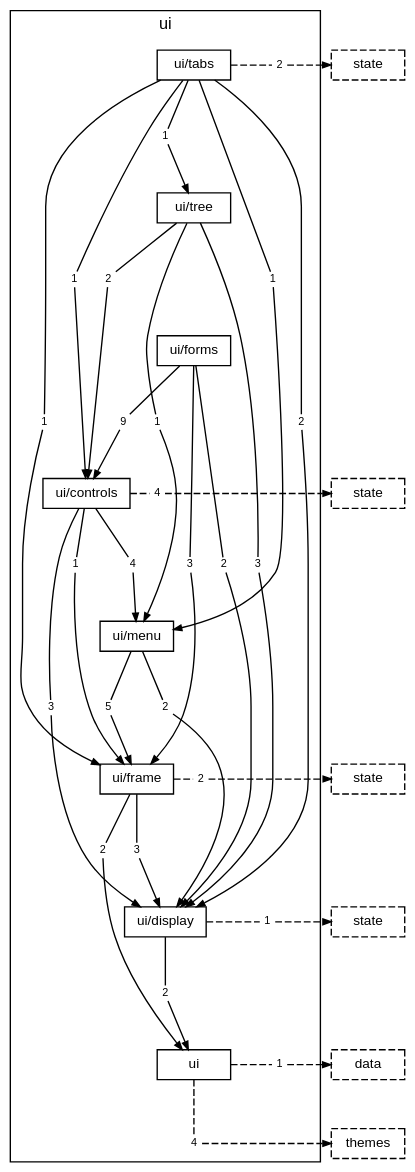
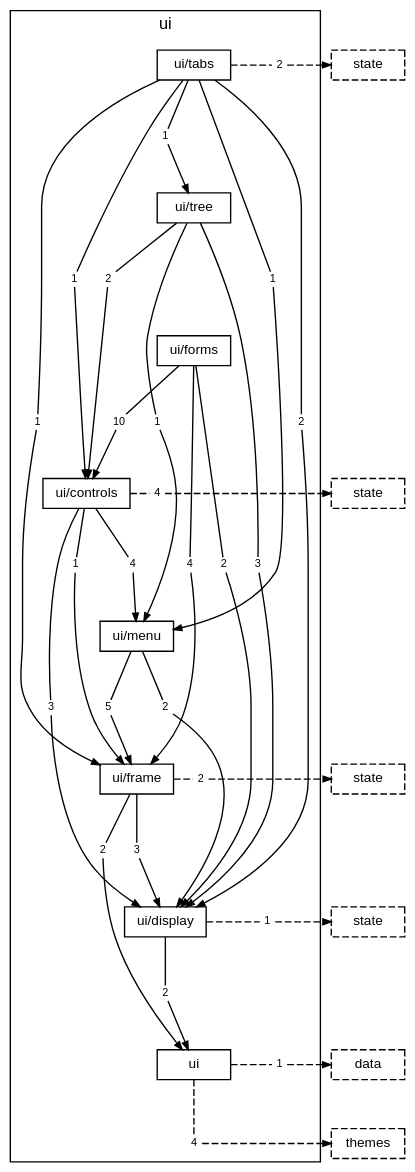
The diagram in docs/diagrams/layer-ui.dot (TheAxeC/oculus), drawn with Graphviz before and after one commit. The commit also changed 182 other files, not shown here.

```diff
--- a/docs/diagrams/layer-ui.dot
+++ b/docs/diagrams/layer-ui.dot
@@ -1,110 +1,110 @@
 digraph layer_ui {
     graph [bgcolor="transparent", rankdir=TB, newrank=true, fontname="Helvetica,Arial,sans-serif", fontsize=12, nodesep=0.2, ranksep=0.5];
     node [shape=box, color="black", fontcolor="black", fontname="Helvetica,Arial,sans-serif", fontsize=10, height=0.3, margin="0.12,0.04"];
     edge [color="black", fontcolor="black", fontname="Helvetica,Arial,sans-serif", fontsize=8, arrowsize=0.6];
     subgraph "cluster_ui" {
         label="ui"; style=solid;
         "folder ui/tabs" [label="ui/tabs"];
         "folder ui/tree" [label="ui/tree"];
         "folder ui/forms" [label="ui/forms"];
         "folder ui/controls" [label="ui/controls"];
         "folder ui/menu" [label="ui/menu"];
         "folder ui/frame" [label="ui/frame"];
         "folder ui/display" [label="ui/display"];
         "folder ui" [label="ui"];
         "folder ui/tabs to folder ui/controls" [label="1", shape=box, color="transparent", fontsize=8, width=0, height=0, margin="0.04,0.02"];
         "folder ui/tabs to folder ui/display" [label="2", shape=box, color="transparent", fontsize=8, width=0, height=0, margin="0.04,0.02"];
         "folder ui/tabs to folder ui/frame" [label="1", shape=box, color="transparent", fontsize=8, width=0, height=0, margin="0.04,0.02"];
         "folder ui/tabs to folder ui/menu" [label="1", shape=box, color="transparent", fontsize=8, width=0, height=0, margin="0.04,0.02"];
         "folder ui/tabs to folder ui/tree" [label="1", shape=box, color="transparent", fontsize=8, width=0, height=0, margin="0.04,0.02"];
         "folder ui/tabs to layer state" [label="2", shape=box, color="transparent", fontsize=8, width=0, height=0, margin="0.04,0.02"];
         "folder ui/tree to folder ui/controls" [label="2", shape=box, color="transparent", fontsize=8, width=0, height=0, margin="0.04,0.02"];
         "folder ui/tree to folder ui/display" [label="3", shape=box, color="transparent", fontsize=8, width=0, height=0, margin="0.04,0.02"];
         "folder ui/tree to folder ui/menu" [label="1", shape=box, color="transparent", fontsize=8, width=0, height=0, margin="0.04,0.02"];
-        "folder ui/forms to folder ui/controls" [label="9", shape=box, color="transparent", fontsize=8, width=0, height=0, margin="0.04,0.02"];
+        "folder ui/forms to folder ui/controls" [label="10", shape=box, color="transparent", fontsize=8, width=0, height=0, margin="0.04,0.02"];
         "folder ui/forms to folder ui/display" [label="2", shape=box, color="transparent", fontsize=8, width=0, height=0, margin="0.04,0.02"];
-        "folder ui/forms to folder ui/frame" [label="3", shape=box, color="transparent", fontsize=8, width=0, height=0, margin="0.04,0.02"];
+        "folder ui/forms to folder ui/frame" [label="4", shape=box, color="transparent", fontsize=8, width=0, height=0, margin="0.04,0.02"];
         "folder ui/controls to folder ui/display" [label="3", shape=box, color="transparent", fontsize=8, width=0, height=0, margin="0.04,0.02"];
         "folder ui/controls to folder ui/frame" [label="1", shape=box, color="transparent", fontsize=8, width=0, height=0, margin="0.04,0.02"];
         "folder ui/controls to folder ui/menu" [label="4", shape=box, color="transparent", fontsize=8, width=0, height=0, margin="0.04,0.02"];
         "folder ui/controls to layer state" [label="4", shape=box, color="transparent", fontsize=8, width=0, height=0, margin="0.04,0.02"];
         "folder ui/menu to folder ui/display" [label="2", shape=box, color="transparent", fontsize=8, width=0, height=0, margin="0.04,0.02"];
         "folder ui/menu to folder ui/frame" [label="5", shape=box, color="transparent", fontsize=8, width=0, height=0, margin="0.04,0.02"];
         "folder ui/frame to folder ui" [label="2", shape=box, color="transparent", fontsize=8, width=0, height=0, margin="0.04,0.02"];
         "folder ui/frame to folder ui/display" [label="3", shape=box, color="transparent", fontsize=8, width=0, height=0, margin="0.04,0.02"];
         "folder ui/frame to layer state" [label="2", shape=box, color="transparent", fontsize=8, width=0, height=0, margin="0.04,0.02"];
         "folder ui/display to folder ui" [label="2", shape=box, color="transparent", fontsize=8, width=0, height=0, margin="0.04,0.02"];
         "folder ui/display to layer state" [label="1", shape=box, color="transparent", fontsize=8, width=0, height=0, margin="0.04,0.02"];
         "folder ui to layer data" [label="1", shape=box, color="transparent", fontsize=8, width=0, height=0, margin="0.04,0.02"];
         "folder ui to layer themes" [label="4", shape=box, color="transparent", fontsize=8, width=0, height=0, margin="0.04,0.02"];
     }
     "layer state from folder ui/tabs" [label="state", style=dashed];
     "layer state from folder ui/controls" [label="state", style=dashed];
     "layer state from folder ui/frame" [label="state", style=dashed];
     "layer state from folder ui/display" [label="state", style=dashed];
     "layer data from folder ui" [label="data", style=dashed];
     "layer themes from folder ui" [label="themes", style=dashed];
     "folder ui/tabs" -> "folder ui/tree" [style=invis, weight=10, minlen=2];
     "folder ui/tree" -> "folder ui/forms" [style=invis, weight=10, minlen=2];
     "folder ui/forms" -> "folder ui/controls" [style=invis, weight=10, minlen=2];
     "folder ui/controls" -> "folder ui/menu" [style=invis, weight=10, minlen=2];
     "folder ui/menu" -> "folder ui/frame" [style=invis, weight=10, minlen=2];
     "folder ui/frame" -> "folder ui/display" [style=invis, weight=10, minlen=2];
     "folder ui/display" -> "folder ui" [style=invis, weight=10, minlen=2];
     "folder ui/tabs" -> "folder ui/tabs to folder ui/controls" [arrowhead=none, minlen=3, weight=10];
     "folder ui/tabs to folder ui/controls" -> "folder ui/controls" [];
     "folder ui/tabs" -> "folder ui/tabs to folder ui/display" [arrowhead=none, minlen=5, weight=10];
     "folder ui/tabs to folder ui/display" -> "folder ui/display" [];
     "folder ui/tabs" -> "folder ui/tabs to folder ui/frame" [arrowhead=none, minlen=5, weight=10];
     "folder ui/tabs to folder ui/frame" -> "folder ui/frame" [];
     "folder ui/tabs" -> "folder ui/tabs to folder ui/menu" [arrowhead=none, minlen=3, weight=10];
     "folder ui/tabs to folder ui/menu" -> "folder ui/menu" [];
     "folder ui/tabs" -> "folder ui/tabs to folder ui/tree" [arrowhead=none, minlen=1, weight=10];
     "folder ui/tabs to folder ui/tree" -> "folder ui/tree" [];
     "folder ui/tabs" -> "folder ui/tabs to layer state" [arrowhead=none, style=dashed];
     "folder ui/tabs to layer state" -> "layer state from folder ui/tabs" [style=dashed];
     { rank=same; "folder ui/tabs"; "folder ui/tabs to layer state"; "layer state from folder ui/tabs"; }
     "folder ui/tree" -> "folder ui/tree to folder ui/controls" [arrowhead=none, minlen=1, weight=10];
     "folder ui/tree to folder ui/controls" -> "folder ui/controls" [];
     "folder ui/tree" -> "folder ui/tree to folder ui/display" [arrowhead=none, minlen=5, weight=10];
     "folder ui/tree to folder ui/display" -> "folder ui/display" [];
     "folder ui/tree" -> "folder ui/tree to folder ui/menu" [arrowhead=none, minlen=3, weight=10];
     "folder ui/tree to folder ui/menu" -> "folder ui/menu" [];
     "folder ui/forms" -> "folder ui/forms to folder ui/controls" [arrowhead=none, minlen=1, weight=10];
     "folder ui/forms to folder ui/controls" -> "folder ui/controls" [];
     "folder ui/forms" -> "folder ui/forms to folder ui/display" [arrowhead=none, minlen=3, weight=10];
     "folder ui/forms to folder ui/display" -> "folder ui/display" [];
     "folder ui/forms" -> "folder ui/forms to folder ui/frame" [arrowhead=none, minlen=3, weight=10];
     "folder ui/forms to folder ui/frame" -> "folder ui/frame" [];
     "folder ui/controls" -> "folder ui/controls to folder ui/display" [arrowhead=none, minlen=3, weight=10];
     "folder ui/controls to folder ui/display" -> "folder ui/display" [];
     "folder ui/controls" -> "folder ui/controls to folder ui/frame" [arrowhead=none, minlen=1, weight=10];
     "folder ui/controls to folder ui/frame" -> "folder ui/frame" [];
     "folder ui/controls" -> "folder ui/controls to folder ui/menu" [arrowhead=none, minlen=1, weight=10];
     "folder ui/controls to folder ui/menu" -> "folder ui/menu" [];
     "folder ui/controls" -> "folder ui/controls to layer state" [arrowhead=none, style=dashed];
     "folder ui/controls to layer state" -> "layer state from folder ui/controls" [style=dashed];
     { rank=same; "folder ui/controls"; "folder ui/controls to layer state"; "layer state from folder ui/controls"; }
     "folder ui/menu" -> "folder ui/menu to folder ui/display" [arrowhead=none, minlen=1, weight=10];
     "folder ui/menu to folder ui/display" -> "folder ui/display" [];
     "folder ui/menu" -> "folder ui/menu to folder ui/frame" [arrowhead=none, minlen=1, weight=10];
     "folder ui/menu to folder ui/frame" -> "folder ui/frame" [];
     "folder ui/frame" -> "folder ui/frame to folder ui" [arrowhead=none, minlen=1, weight=10];
     "folder ui/frame to folder ui" -> "folder ui" [];
     "folder ui/frame" -> "folder ui/frame to folder ui/display" [arrowhead=none, minlen=1, weight=10];
     "folder ui/frame to folder ui/display" -> "folder ui/display" [];
     "folder ui/frame" -> "folder ui/frame to layer state" [arrowhead=none, style=dashed];
     "folder ui/frame to layer state" -> "layer state from folder ui/frame" [style=dashed];
     { rank=same; "folder ui/frame"; "folder ui/frame to layer state"; "layer state from folder ui/frame"; }
     "folder ui/display" -> "folder ui/display to folder ui" [arrowhead=none, minlen=1, weight=10];
     "folder ui/display to folder ui" -> "folder ui" [];
     "folder ui/display" -> "folder ui/display to layer state" [arrowhead=none, style=dashed];
     "folder ui/display to layer state" -> "layer state from folder ui/display" [style=dashed];
     { rank=same; "folder ui/display"; "folder ui/display to layer state"; "layer state from folder ui/display"; }
     "folder ui" -> "folder ui to layer data" [arrowhead=none, style=dashed];
     "folder ui to layer data" -> "layer data from folder ui" [style=dashed];
     { rank=same; "folder ui"; "folder ui to layer data"; "layer data from folder ui"; }
     "folder ui" -> "folder ui to layer themes" [arrowhead=none, style=dashed, minlen=1, weight=10];
     "folder ui to layer themes" -> "layer themes from folder ui" [style=dashed];
     { rank=same; "folder ui to layer themes"; "layer themes from folder ui"; }
 }
```
